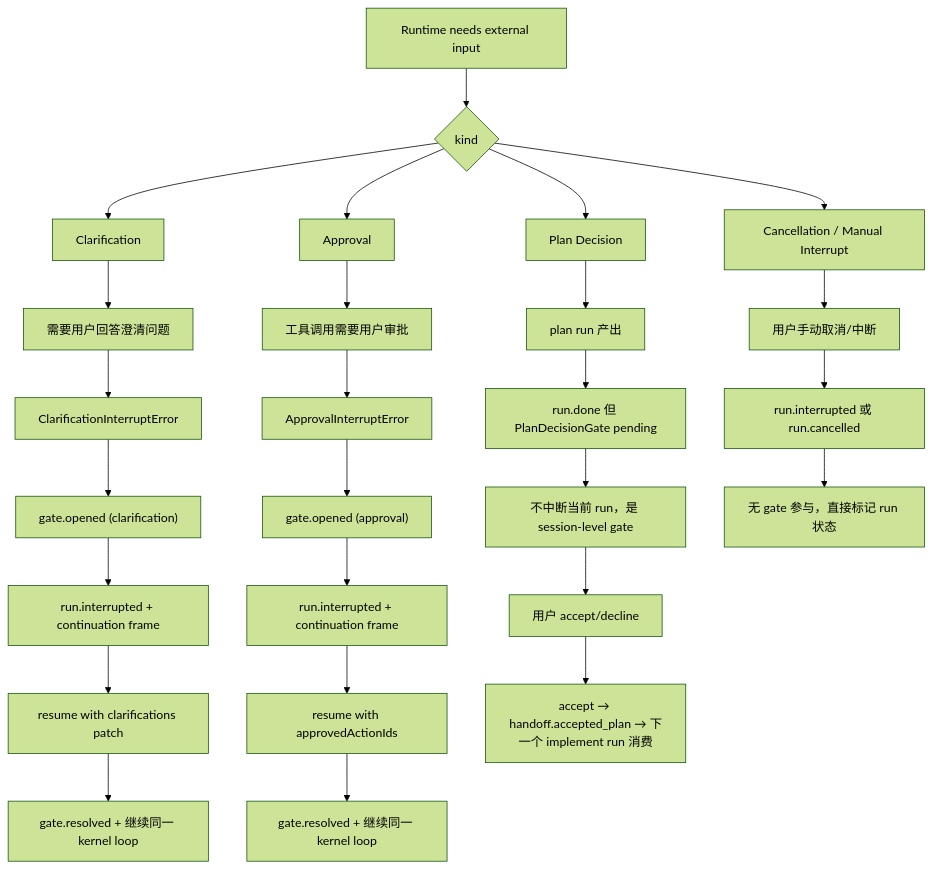
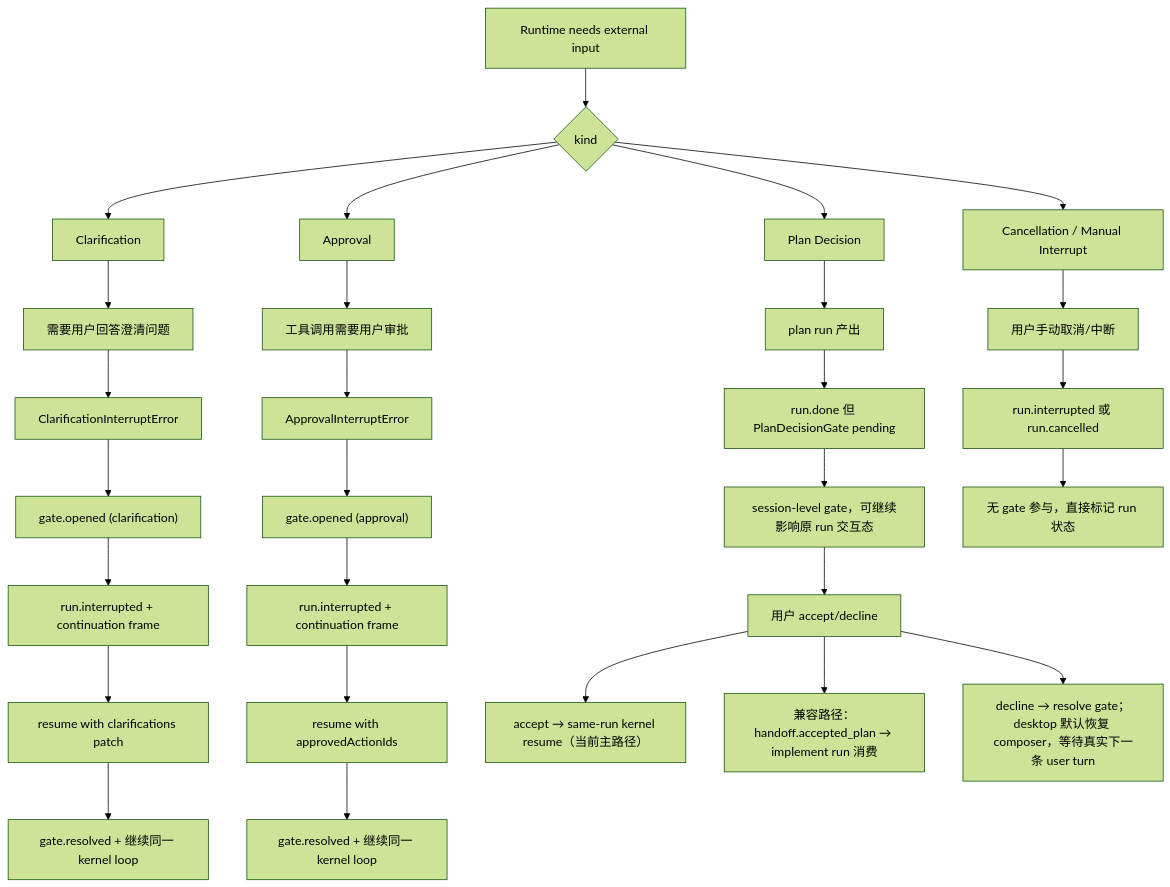
Before and after one commit to cemeworm/Ora: the first of 7 diagrams in docs/ora-gates-and-resume.md, drawn with Mermaid (forest theme). The commit also changed other lines of this file and 6 other files, not shown here.

First line of the commit message:
docs: update README and architecture documentation

````diff
--- a/docs/ora-gates-and-resume.md
+++ b/docs/ora-gates-and-resume.md
@@ -46,32 +46,34 @@
 ```mermaid
 flowchart TD
     A["Runtime needs external input"] --> B{"kind"}
     B --> C["Clarification"]
     B --> D["Approval"]
     B --> E["Plan Decision"]
     B --> F["Cancellation / Manual Interrupt"]
 
     C --> C1["需要用户回答澄清问题"]
     C1 --> C2["ClarificationInterruptError"]
     C2 --> C3["gate.opened (clarification)"]
     C3 --> C4["run.interrupted + continuation frame"]
     C4 --> C5["resume with clarifications patch"]
     C5 --> C6["gate.resolved + 继续同一 kernel loop"]
 
     D --> D1["工具调用需要用户审批"]
     D1 --> D2["ApprovalInterruptError"]
     D2 --> D3["gate.opened (approval)"]
     D3 --> D4["run.interrupted + continuation frame"]
     D4 --> D5["resume with approvedActionIds"]
     D5 --> D6["gate.resolved + 继续同一 kernel loop"]
 
     E --> E1["plan run 产出 <proposed_plan>"]
     E1 --> E2["run.done 但 PlanDecisionGate pending"]
-    E2 --> E3["不中断当前 run，是 session-level gate"]
+    E2 --> E3["session-level gate，可继续影响原 run 交互态"]
     E3 --> E4["用户 accept/decline"]
-    E4 --> E5["accept → handoff.accepted_plan → 下一个 implement run 消费"]
+    E4 --> E5["accept → same-run kernel resume（当前主路径）"]
+    E4 --> E6["兼容路径：handoff.accepted_plan → implement run 消费"]
+    E4 --> E7["decline → resolve gate；desktop 默认恢复 composer，等待真实下一条 user turn"]
 
     F --> F1["用户手动取消/中断"]
     F1 --> F2["run.interrupted 或 run.cancelled"]
     F2 --> F3["无 gate 参与，直接标记 run 状态"]
 ```
````
